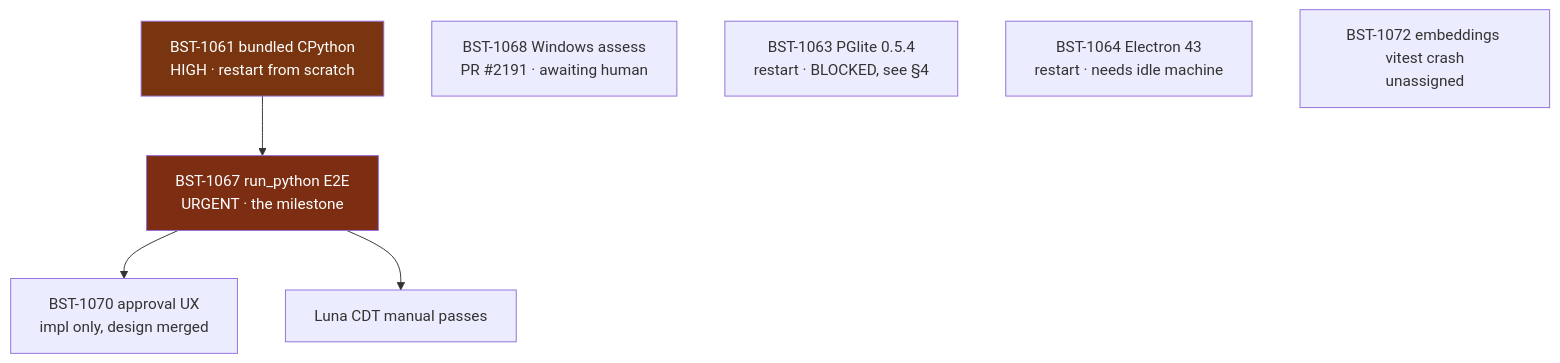
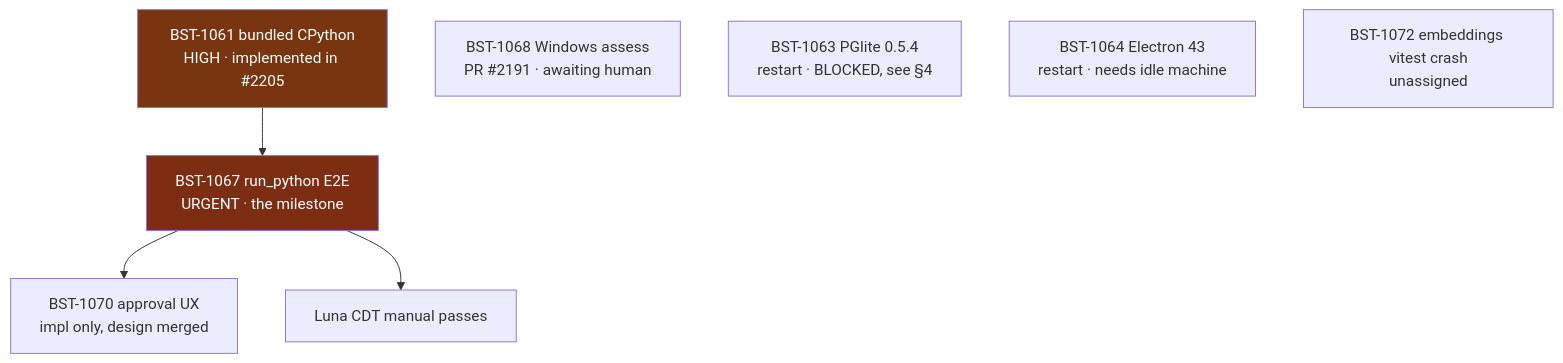
One commit to seandearnaley/brainstrike changed the diagram in docs/handoff-agent-code-sandboxing-2026-08-01.md. Above: the diagram before and after it, drawn with Mermaid. The commit also changed other lines of this file, not shown here.

Commit message:
docs: complete BST-1061 handoff correction

````diff
--- a/docs/handoff-agent-code-sandboxing-2026-08-01.md
+++ b/docs/handoff-agent-code-sandboxing-2026-08-01.md
@@ -59,13 +59,13 @@
 ```mermaid
 graph TD
-  A["BST-1061 bundled CPython<br/>HIGH · restart from scratch"] --> B
+  A["BST-1061 bundled CPython<br/>HIGH · implemented in #2205"] --> B
   B["BST-1067 run_python E2E<br/>URGENT · the milestone"] --> C["BST-1070 approval UX<br/>impl only, design merged"]
   B --> D["Luna CDT manual passes"]
   E["BST-1068 Windows assess<br/>PR #2191 · awaiting human"]
   F["BST-1063 PGlite 0.5.4<br/>restart · BLOCKED, see §4"]
   G["BST-1064 Electron 43<br/>restart · needs idle machine"]
   H["BST-1072 embeddings vitest crash<br/>unassigned"]
 
   style B fill:#7c2d12,color:#fff
   style A fill:#78350f,color:#fff
 ```
````
